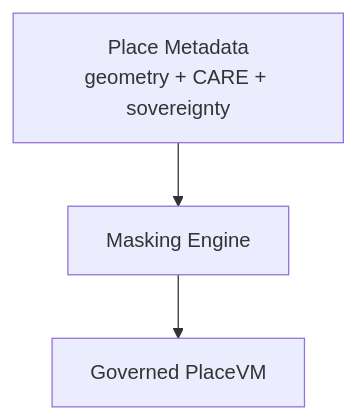
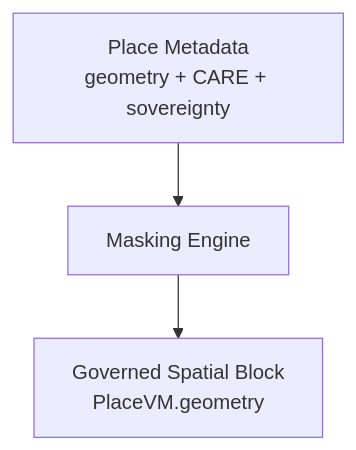
One commit to bartytime4life/Kansas-Frontier-Matrix changed the second of 4 diagrams in web/src/entities/places/README.md. Above: the diagram before and after it, drawn with Mermaid. The commit also changed other lines of this file, not shown here.

````diff
--- a/web/src/entities/places/README.md
+++ b/web/src/entities/places/README.md
@@ -137,5 +230,5 @@
-```mermaid
+~~~mermaid
 flowchart TD
     META[Place Metadata<br/>geometry + CARE + sovereignty] --> MASK[Masking Engine]
-    MASK --> SVM[Governed PlaceVM]
-```
+    MASK --> SVM[Governed Spatial Block<br/>PlaceVM.geometry]
+~~~
````
